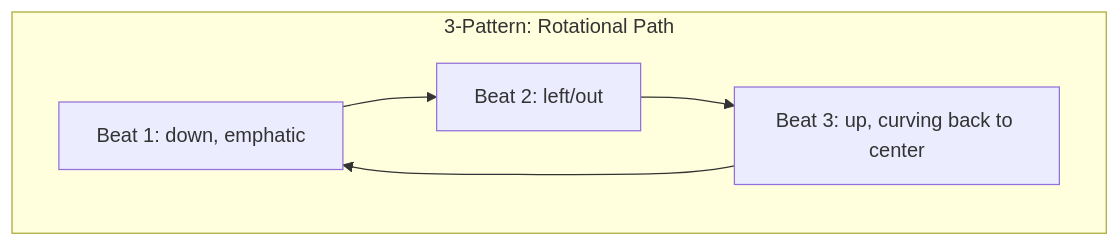
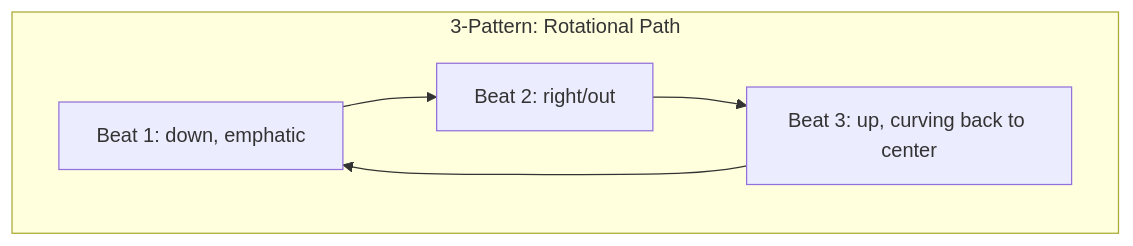
The second of 7 diagrams in topics/arts/composition/conducting/lesson_01_conducting_fundamentals.md (blebleblee/synapse), drawn with Mermaid before and after one commit. The commit also changed 112 other files, not shown here.

````diff
--- a/topics/arts/composition/conducting/lesson_01_conducting_fundamentals.md
+++ b/topics/arts/composition/conducting/lesson_01_conducting_fundamentals.md
@@ -104,8 +104,8 @@
 ```mermaid
 flowchart TD
     subgraph pattern_3 ["3-Pattern: Rotational Path"]
-        T1["Beat 1: down, emphatic"] --> T2["Beat 2: left/out"]
+        T1["Beat 1: down, emphatic"] --> T2["Beat 2: right/out"]
         T2 --> T3["Beat 3: up, curving back to center"]
         T3 --> T1
     end
 ```
````
